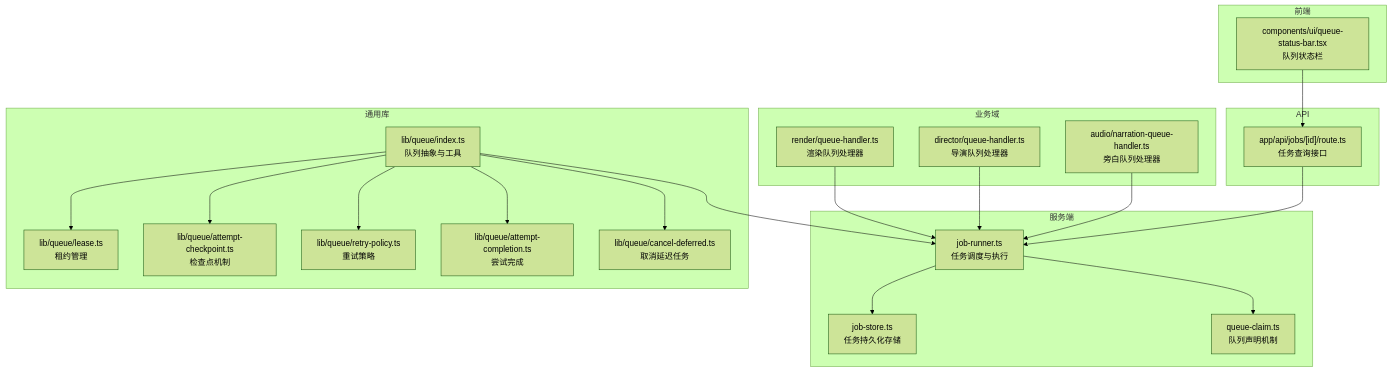
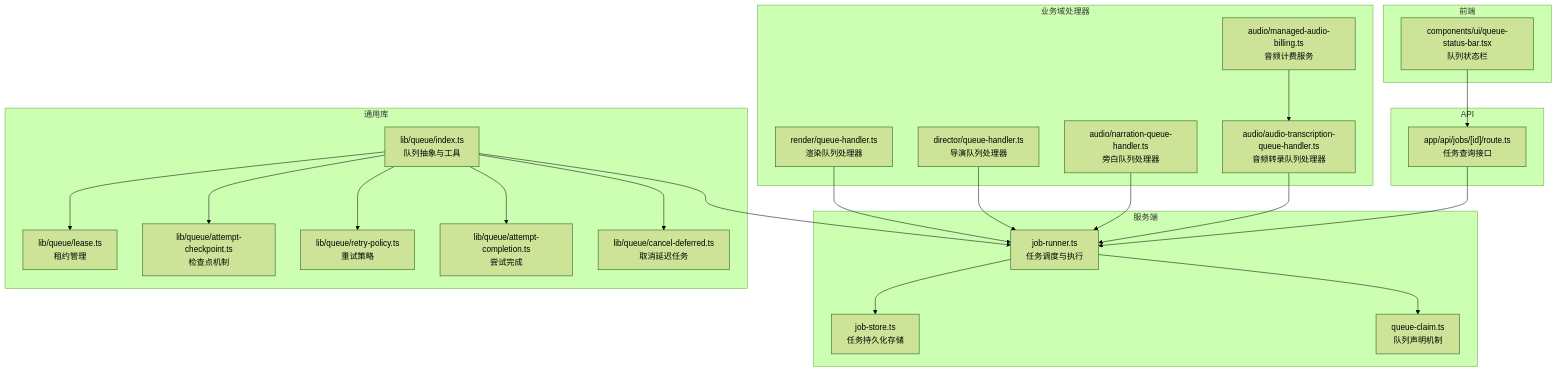
One commit to scottcwy/PurpleInk changed the first of 4 diagrams in .qoder/repowiki/zh/content/后端架构/任务处理/作业队列系统.md. Above: the diagram before and after it, drawn with Mermaid (forest theme). The commit also changed other lines of this file and 29 other files, not shown here.

````diff
--- a/.qoder/repowiki/zh/content/后端架构/任务处理/作业队列系统.md
+++ b/.qoder/repowiki/zh/content/后端架构/任务处理/作业队列系统.md
@@ -57,40 +63,44 @@
 ```mermaid
 graph TB
 subgraph "服务端"
 JR["job-runner.ts<br/>任务调度与执行"]
 JS["job-store.ts<br/>任务持久化存储"]
 QC["queue-claim.ts<br/>队列声明机制"]
 end
-subgraph "业务域"
+subgraph "业务域处理器"
 RH["render/queue-handler.ts<br/>渲染队列处理器"]
 DH["director/queue-handler.ts<br/>导演队列处理器"]
 AH["audio/narration-queue-handler.ts<br/>旁白队列处理器"]
+ATH["audio/audio-transcription-queue-handler.ts<br/>音频转录队列处理器"]
+AB["audio/managed-audio-billing.ts<br/>音频计费服务"]
 end
 subgraph "通用库"
 QI["lib/queue/index.ts<br/>队列抽象与工具"]
 QL["lib/queue/lease.ts<br/>租约管理"]
 QCMP["lib/queue/attempt-checkpoint.ts<br/>检查点机制"]
 RP["lib/queue/retry-policy.ts<br/>重试策略"]
 AC["lib/queue/attempt-completion.ts<br/>尝试完成"]
 CD["lib/queue/cancel-deferred.ts<br/>取消延迟任务"]
 end
 subgraph "前端"
 QSB["components/ui/queue-status-bar.tsx<br/>队列状态栏"]
 end
 subgraph "API"
 JID["app/api/jobs/[id]/route.ts<br/>任务查询接口"]
 end
 QI --> JR
 JR --> JS
 JR --> QC
 RH --> JR
 DH --> JR
 AH --> JR
+ATH --> JR
+AB --> ATH
 QI --> QL
 QI --> QCMP
 QI --> RP
 QI --> AC
 QI --> CD
 QSB --> JID
 JID --> JR
 ```
````
